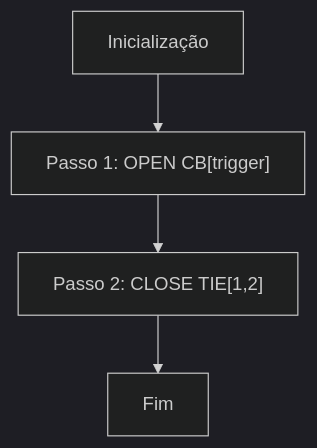
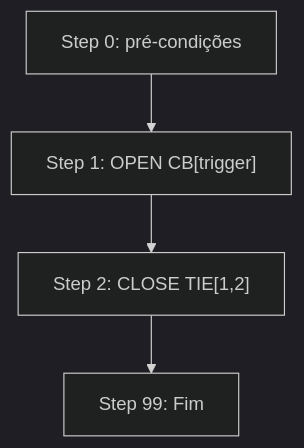
One commit to leandro-automa/edp-sp-xatm changed the third of 3 diagrams in docs/layouts/2T_1TIE.md. Above: the diagram before and after it, drawn with Mermaid (dark theme). The commit also changed other lines of this file and 3 other files, not shown here.

First line of the commit message:
feat(xatm_lib): give the 2TR2LV_2BB1TIE layout its own step sequences

````diff
--- a/docs/layouts/2T_1TIE.md
+++ b/docs/layouts/2T_1TIE.md
@@ -75,6 +123,6 @@
 ```mermaid
 flowchart TD
-    P0[Inicialização] --> P1
-    P1["Passo 1: OPEN CB[trigger]"] --> P2
-    P2["Passo 2: CLOSE TIE[1,2]"] --> F[Fim]
+    P0[Step 0: pré-condições] --> P1
+    P1["Step 1: OPEN CB[trigger]"] --> P2
+    P2["Step 2: CLOSE TIE[1,2]"] --> F[Step 99: Fim]
 ```
````
